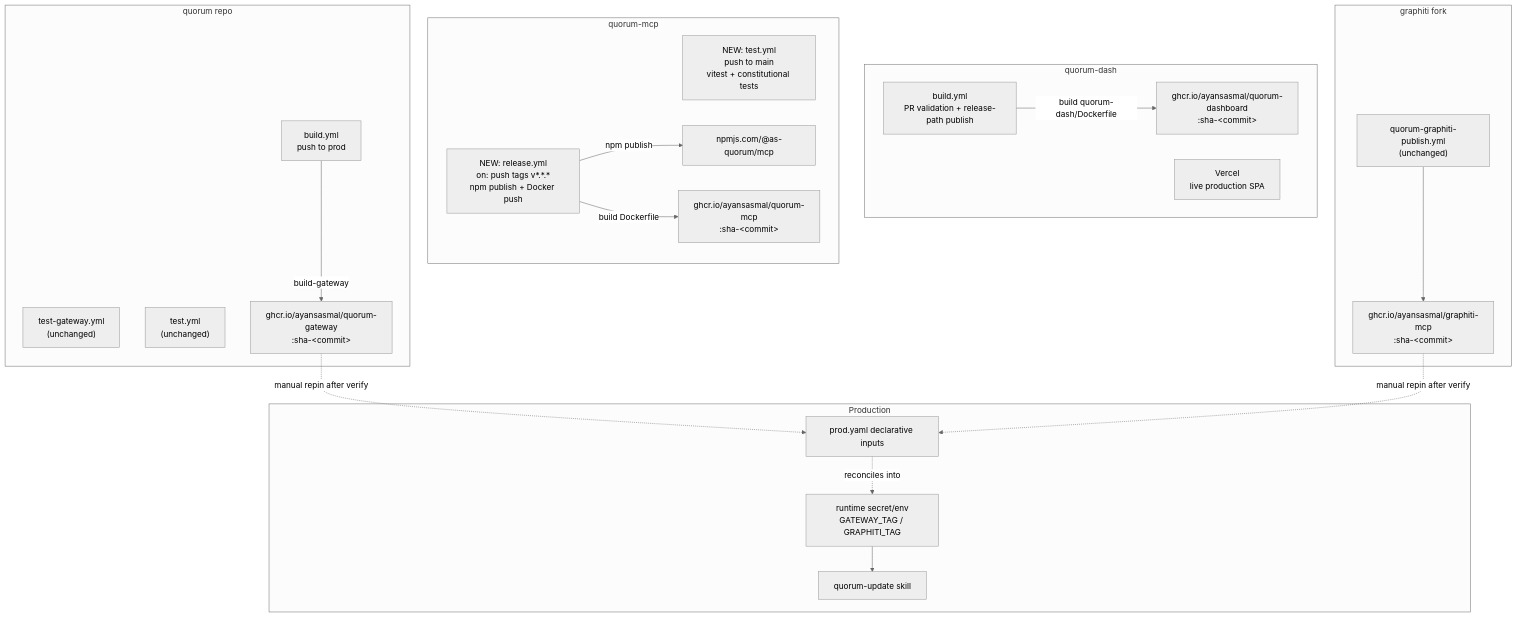
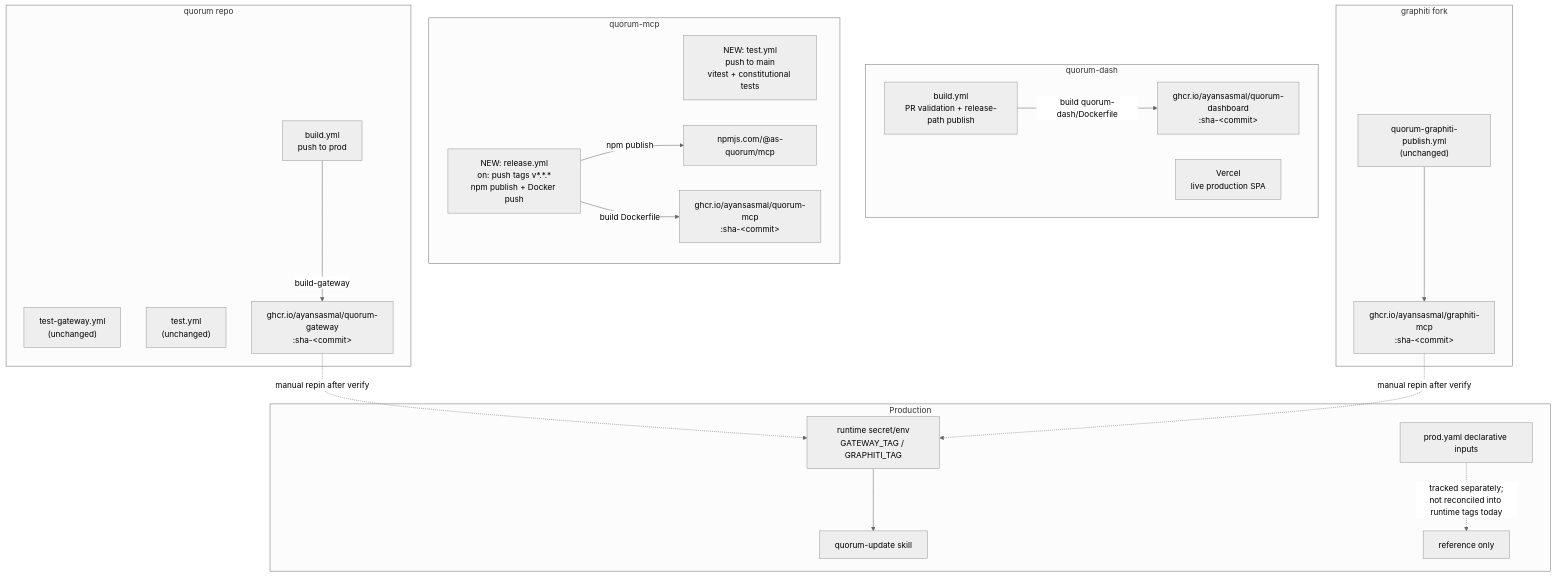
The third of 6 diagrams in docs/CICD-DEPLOYMENT.md (ayansasmal/quorum), drawn with Mermaid (neutral theme) before and after one commit. The commit also changed other lines of this file and 1 other file, not shown here.

````diff
--- a/docs/CICD-DEPLOYMENT.md
+++ b/docs/CICD-DEPLOYMENT.md
@@ -131,36 +131,36 @@
 ```mermaid
 flowchart TD
     subgraph quorum["quorum repo"]
         T1["test-gateway.yml\n(unchanged)"]
         T2["test.yml\n(unchanged)"]
         B1["build.yml\npush to prod"]
         B1 -->|"build-gateway"| GW_IMG["ghcr.io/ayansasmal/quorum-gateway\n:sha-&lt;commit&gt;"]
     end
 
     subgraph dash["quorum-dash"]
         DCI["build.yml\nPR validation + release-path publish"]
         DCI -->|"build quorum-dash/Dockerfile"| DASH_IMG["ghcr.io/ayansasmal/quorum-dashboard\n:sha-&lt;commit&gt;"]
         VERCEL["Vercel\nlive production SPA"]
     end
 
     subgraph mcp["quorum-mcp"]
         MCI_TEST["NEW: test.yml\npush to main\nvitest + constitutional tests"]
         MCI_REL["NEW: release.yml\non: push tags v*.*.*\nnpm publish + Docker push"]
         MCI_REL -->|"npm publish"| NPM["npmjs.com/@as-quorum/mcp"]
         MCI_REL -->|"build Dockerfile"| MCP_IMG["ghcr.io/ayansasmal/quorum-mcp\n:sha-&lt;commit&gt;"]
     end
 
     subgraph fork["graphiti fork"]
         FCI["quorum-graphiti-publish.yml\n(unchanged)"]
         FCI --> GR_IMG["ghcr.io/ayansasmal/graphiti-mcp\n:sha-&lt;commit&gt;"]
     end
 
     subgraph prod["Production"]
         DECL["prod.yaml declarative inputs"]
         PIN["runtime secret/env\nGATEWAY_TAG / GRAPHITI_TAG"]
         SKILL["quorum-update skill"]
-        GW_IMG & GR_IMG -.->|"manual repin after verify"| DECL
-        DECL -.->|"reconciles into"| PIN
+        GW_IMG & GR_IMG -.->|"manual repin after verify"| PIN
+        DECL -.->|"tracked separately;\nnot reconciled into runtime tags today"| DECL_NOTE["reference only"]
         PIN --> SKILL
     end
 ```
````
